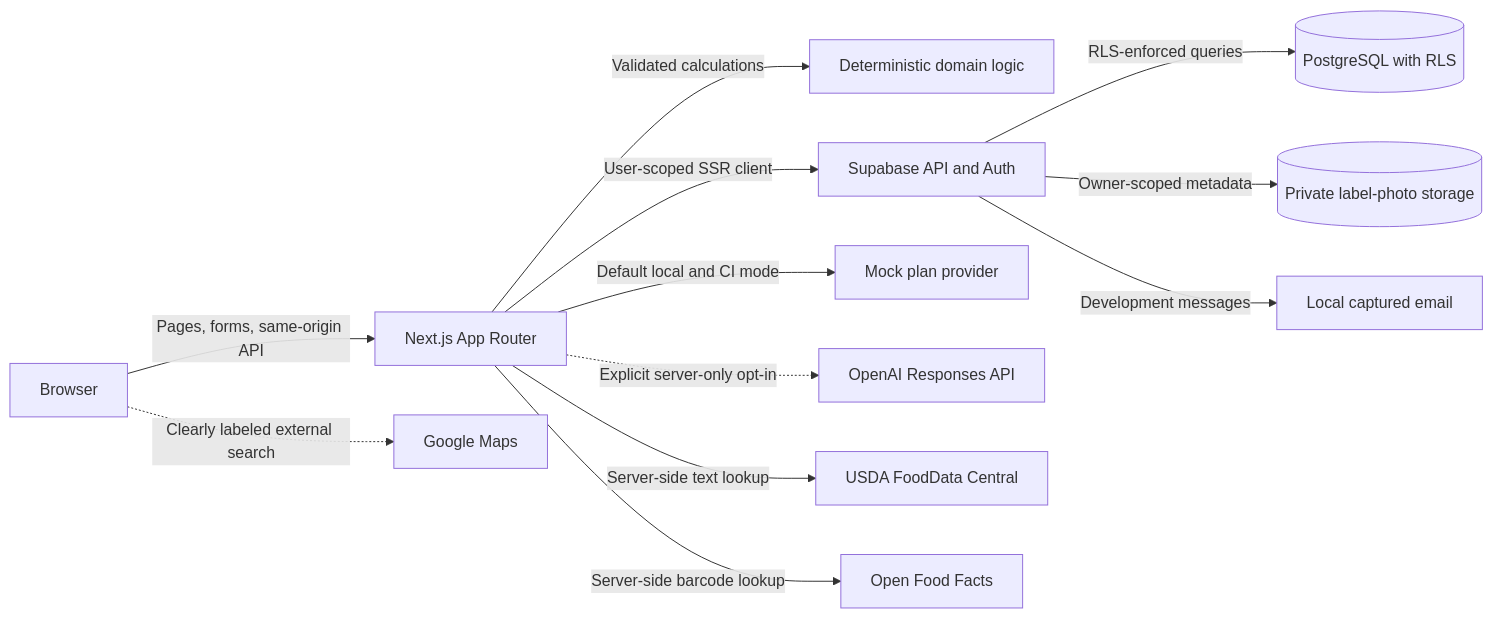
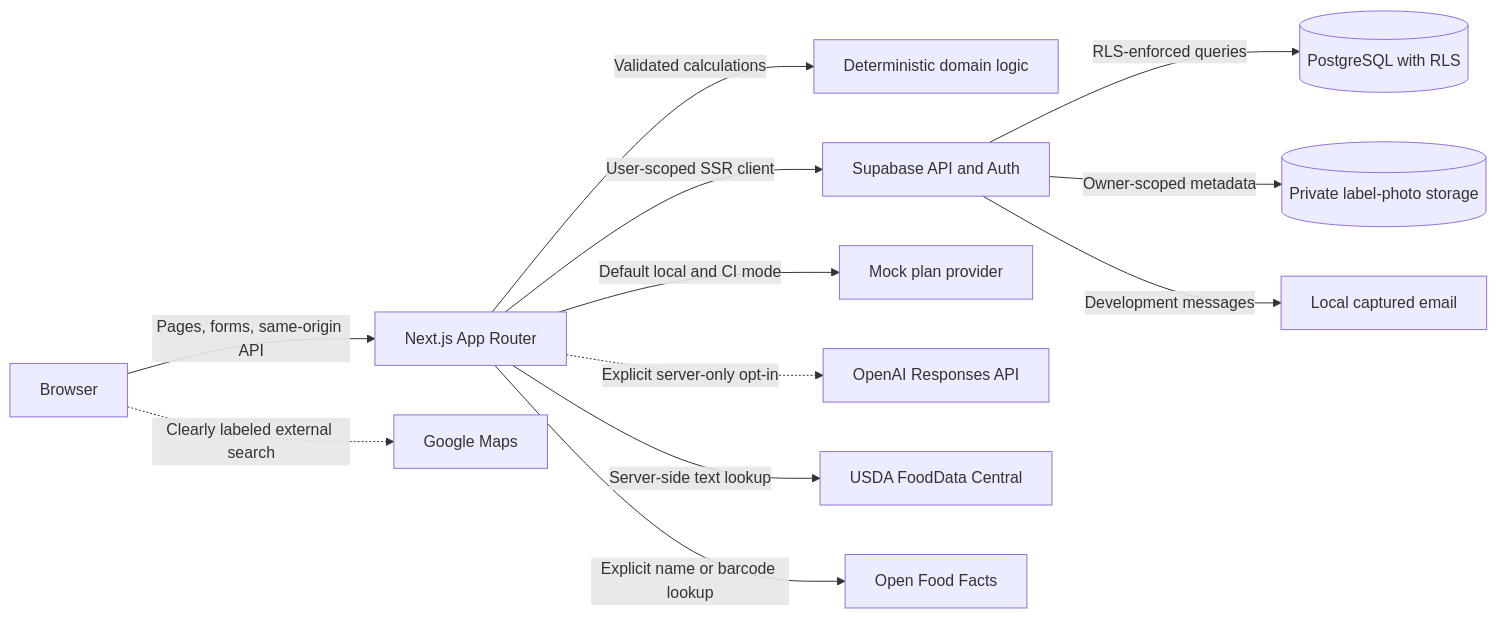
The diagram in README.md (thereallinkai/Cutting-1.0), drawn with Mermaid before and after one commit. The commit also changed other lines of this file and 32 other files, not shown here.

````diff
--- a/README.md
+++ b/README.md
@@ -37,27 +37,27 @@
 ```mermaid
 flowchart LR
   B[Browser]
   N[Next.js App Router]
   D[Deterministic domain logic]
   S[Supabase API and Auth]
   P[(PostgreSQL with RLS)]
   F[(Private label-photo storage)]
   M[Mock plan provider]
   O[OpenAI Responses API]
   U[USDA FoodData Central]
   X[Open Food Facts]
   G[Google Maps]
   E[Local captured email]
 
   B -->|Pages, forms, same-origin API| N
   N -->|Validated calculations| D
   N -->|User-scoped SSR client| S
   S -->|RLS-enforced queries| P
   S -->|Owner-scoped metadata| F
   S -->|Development messages| E
   N -->|Default local and CI mode| M
   N -. Explicit server-only opt-in .-> O
   N -->|Server-side text lookup| U
-  N -->|Server-side barcode lookup| X
+  N -->|Explicit name or barcode lookup| X
   B -. Clearly labeled external search .-> G
 ```
````
